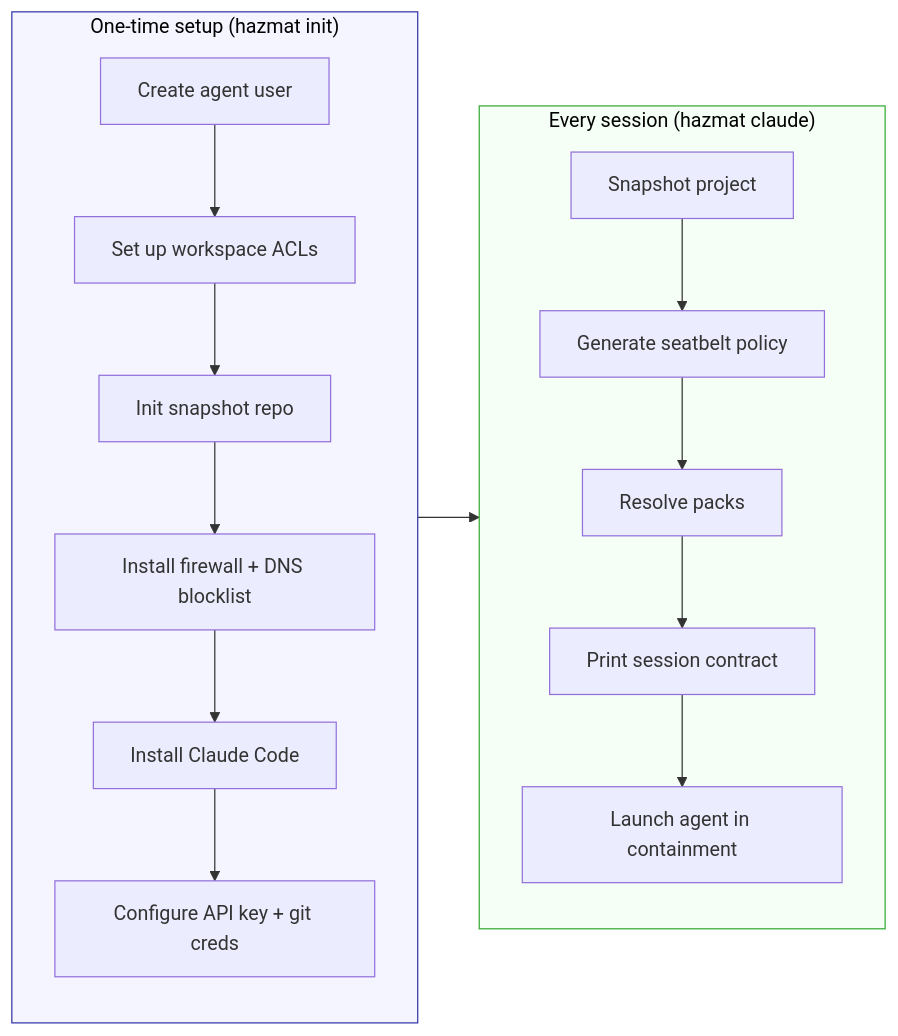
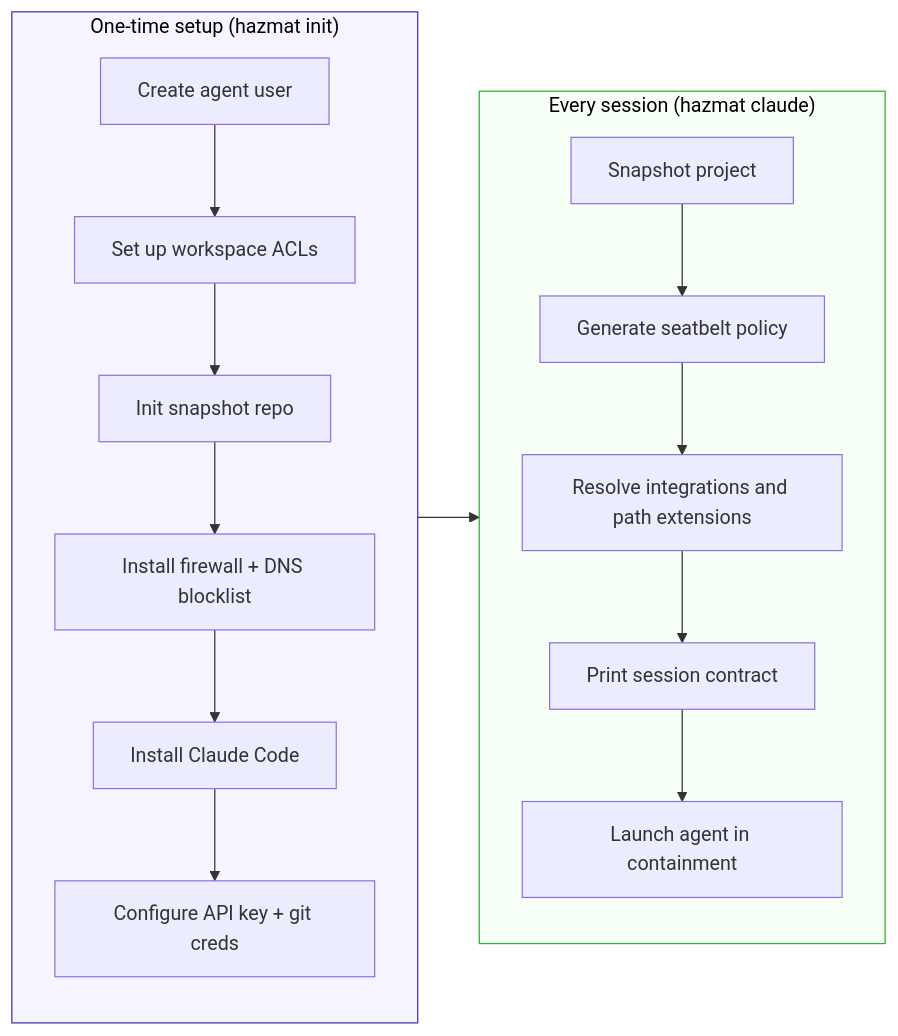
The diagram in docs/usage.md (dredozubov/hazmat), drawn with Mermaid before and after one commit. The commit also changed other lines of this file and 5 other files, not shown here.

Commit message:
docs: reframe packs as integrations

````diff
--- a/docs/usage.md
+++ b/docs/usage.md
@@ -16,22 +16,22 @@
 ```mermaid
 flowchart LR
     subgraph once ["One-time setup (hazmat init)"]
         direction TB
         I1[Create agent user] --> I2[Set up workspace ACLs]
         I2 --> I3[Init snapshot repo]
         I3 --> I4[Install firewall + DNS blocklist]
         I4 --> I5[Install Claude Code]
         I5 --> I6[Configure API key + git creds]
     end
     subgraph daily ["Every session (hazmat claude)"]
         direction TB
         D1[Snapshot project] --> D2[Generate seatbelt policy]
-        D2 --> D3[Resolve packs]
+        D2 --> D3[Resolve integrations and path extensions]
         D3 --> D4[Print session contract]
         D4 --> D5[Launch agent in containment]
     end
     once --> daily
 
     style once fill:#f5f5ff,stroke:#33a,color:#000
     style daily fill:#f5fff5,stroke:#3a3,color:#000
 ```
````
